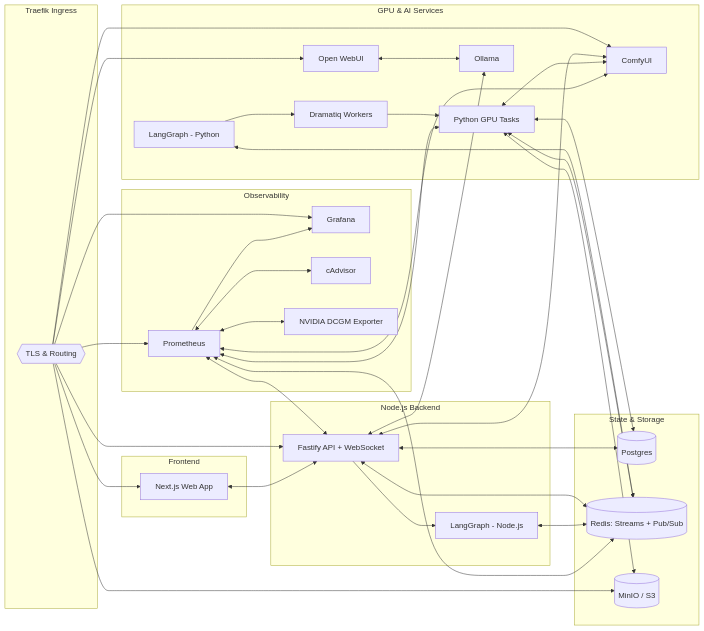
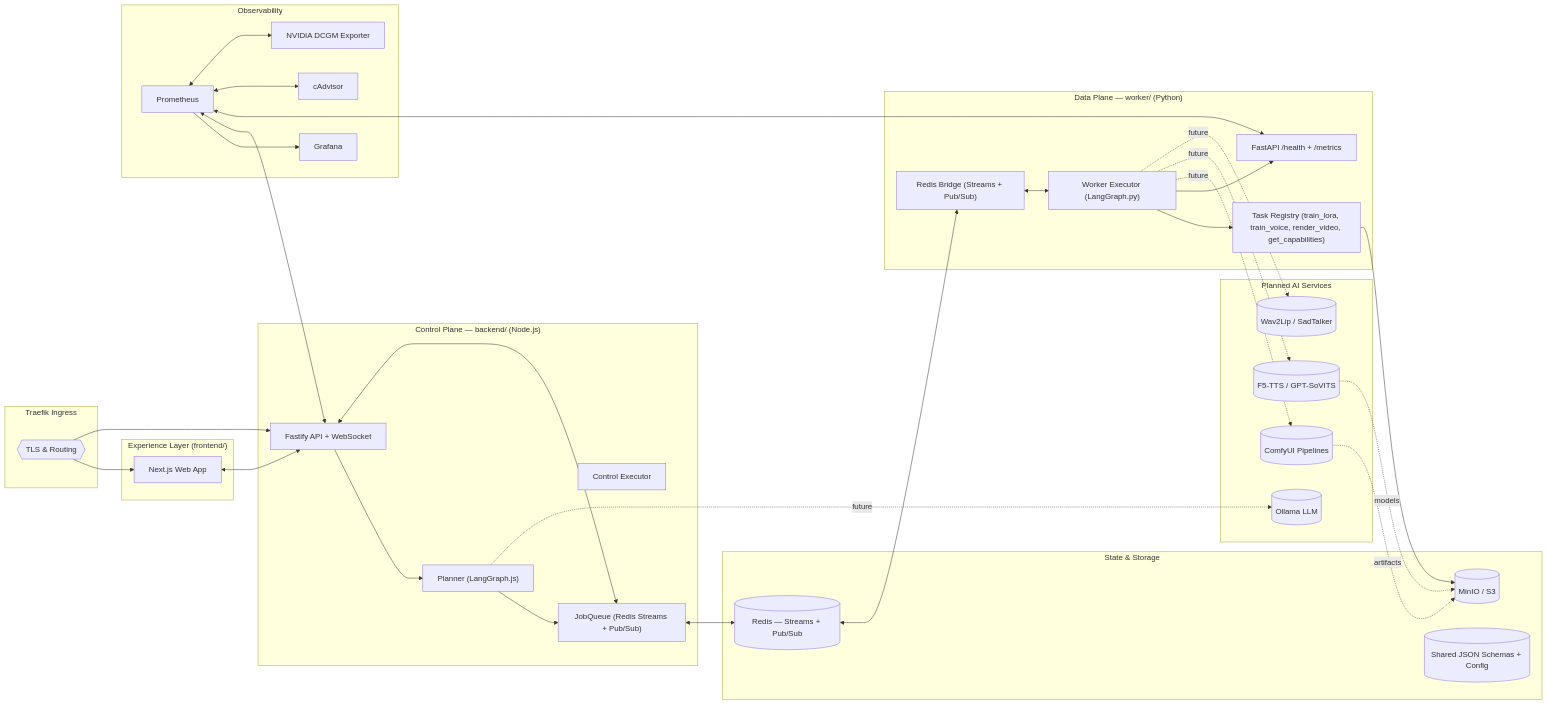
The first of 7 diagrams in docs/02_architecture_overview.md (ktzevani/myspinbot), drawn with Mermaid before and after one commit. The commit also changed other lines of this file and 13 other files, not shown here.

````diff
--- a/docs/02_architecture_overview.md
+++ b/docs/02_architecture_overview.md
@@ -12,76 +12,77 @@
 ```mermaid
 flowchart LR
-    %% Groups
+    %% Ingress & UI
     subgraph Ingress["Traefik Ingress"]
         T{{TLS & Routing}}
     end
 
-    subgraph Frontend
+    subgraph Frontend["Experience Layer (frontend/)"]
         UI[Next.js Web App]
     end
 
-    subgraph Backend["Node.js Backend"]
+    subgraph ControlPlane["Control Plane — backend/ (Node.js)"]
         API[Fastify API + WebSocket]
-        LGN[LangGraph - Node.js]
+        PLNR["Planner (LangGraph.js)"]
+        EXEC["Control Executor"]
+        JQ["JobQueue (Redis Streams + Pub/Sub)"]
     end
 
-    subgraph Workers["GPU & AI Services"]
-        LGP[LangGraph - Python]
-        DR[Dramatiq Workers]
-        PW[Python GPU Tasks]
-        CU[ComfyUI]
-        OL[Ollama]
-        OW[Open WebUI]
+    subgraph DataPlane["Data Plane — worker/ (Python)"]
+        WAPI[FastAPI /health + /metrics]
+        WBR["Redis Bridge (Streams + Pub/Sub)"]
+        WEXEC["Worker Executor (LangGraph.py)"]
+        TASKS["Task Registry (train_lora, train_voice, render_video, get_capabilities)"]
     end
 
     subgraph Data["State & Storage"]
-        PG[(Postgres)]
-        RD[(Redis: Streams + Pub/Sub)]
+        R[(Redis — Streams + Pub/Sub)]
         S3[(MinIO / S3)]
+        CONF[(Shared JSON Schemas + Config)]
     end
 
-    subgraph Observability
+    subgraph Observability["Observability"]
         PR[Prometheus]
         GF[Grafana]
         CA[cAdvisor]
         NV[NVIDIA DCGM Exporter]
     end
 
+    %% Planned external AI services
+    subgraph AI_Plan["Planned AI Services"]
+        CU[(ComfyUI Pipelines)]
+        OL[(Ollama LLM)]
+        TTS[(F5-TTS / GPT-SoVITS)]
+        W2L[(Wav2Lip / SadTalker)]
+    end
+
     %% Connections
     T --> UI
     T --> API
-    T --> OW
-    T --> CU
-    T --> GF
-    T --> PR
-    T --> S3
+    UI <--> API
 
-    UI <--> API
-    API --> LGN
-    API <--> RD
-    API <--> PG
-    API <--> OL
-    API <--> CU
+    API --> PLNR
+    PLNR --> JQ
+    API <--> JQ
 
-    %% Redis bridge between planes
-    LGN <--> RD
-    LGP <--> RD
+    JQ <--> R
+    R <--> WBR
+    WBR <--> WEXEC
+    WEXEC --> TASKS
+    WEXEC --> WAPI
 
-    %% Python execution plane
-    LGP --> DR
-    DR --> PW
-    PW <--> CU
-    PW <--> S3
-    PW <--> RD
-    PW <--> PG
-
-    OW <--> OL
+    TASKS --> S3
 
     PR --> GF
+    PR <--> API
+    PR <--> WAPI
     PR <--> CA
     PR <--> NV
-    PR <--> API
-    PR <--> PW
-    PR <--> RD
-    PR <--> CU
+
+    %% Planned integrations (not fully wired yet)
+    PLNR -. future .-> OL
+    WEXEC -. future .-> CU
+    WEXEC -. future .-> TTS
+    WEXEC -. future .-> W2L
+    CU -. artifacts .-> S3
+    TTS -. models .-> S3
 ```
````
